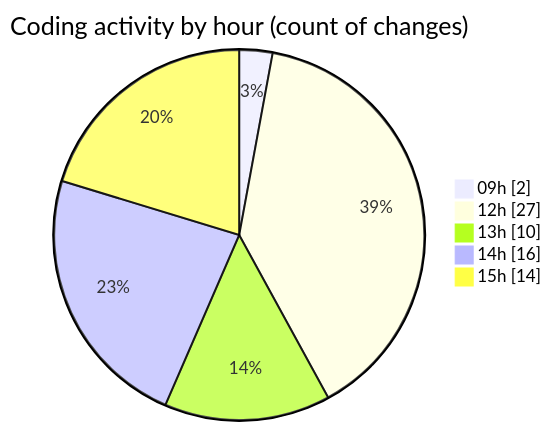
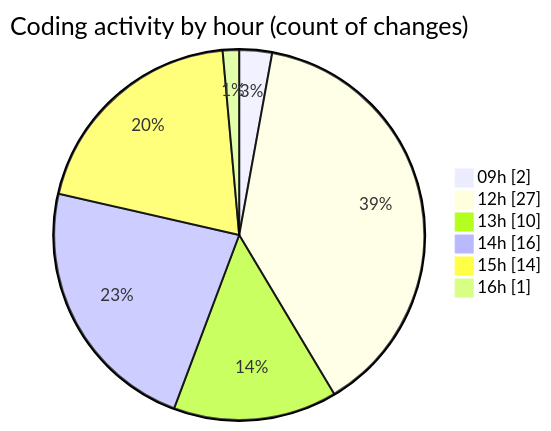
The second of 2 diagrams in 2025-11-06/cda/README.md (momahboobian/code-tracking), drawn with Mermaid before and after one commit. The commit also changed other lines of this file and 1 other file, not shown here.

````diff
--- a/2025-11-06/cda/README.md
+++ b/2025-11-06/cda/README.md
@@ -61,9 +63,10 @@
 ```mermaid
 pie showData
 title Coding activity by hour (count of changes)
 "09h" : 2
 "12h" : 27
 "13h" : 10
 "14h" : 16
 "15h" : 14
+"16h" : 1
 ```
````
